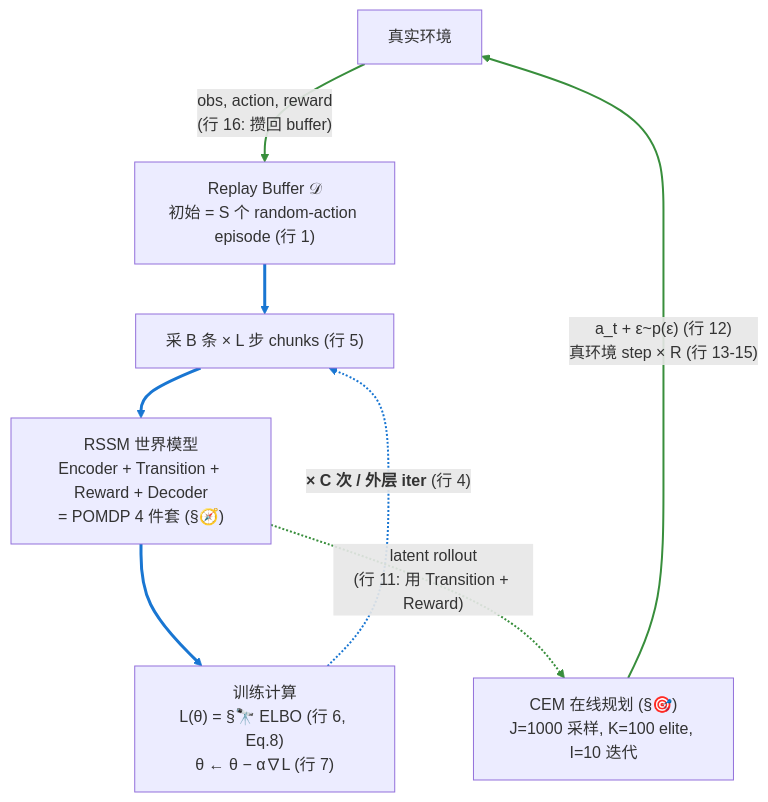
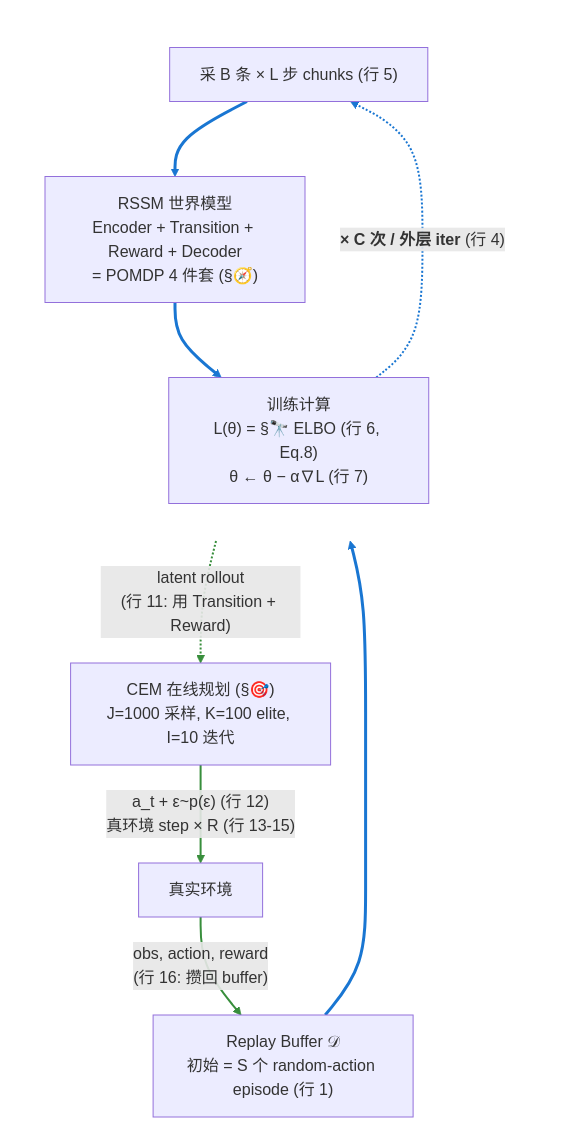
One commit to jinxinzhou/world-model-study changed the seventh of 7 diagrams in World-Model-学习笔记.md. Above: the diagram before and after it, drawn with Mermaid. The commit also changed 1 other file, not shown here.

Commit message:
docs: wrap A-phase chain in invisible subgraph to stop edge crossings
The blue dashed 'x C times' back-edge (Train -> Sample) and the green
dashed 'latent rollout' edge (RSSM -> CEM) were crossing in the middle
of the diagram because Dagre routed the back-edge through the same
horizontal band CEM occupied.

Wrap Sample / RSSM / Train in an invisible subgraph (A_phase) and
define the back-edge inside it. Dagre now treats the back-edge as
internal to the subgraph and routes it on the left side, while CEM
sits cleanly outside on the right. The subgraph is styled with
fill:transparent,stroke:transparent so the grouping is invisible.

Also renumber linkStyle indices since the back-edge is now declared
inside the subgraph (earlier in source order).

````diff
--- a/World-Model-学习笔记.md
+++ b/World-Model-学习笔记.md
@@ -2154,25 +2154,32 @@
 ```mermaid
 flowchart TD
     Env["真实环境"]
     Buffer["Replay Buffer 𝒟<br/>初始 = S 个 random-action episode (行 1)"]
-    Sample["采 B 条 × L 步 chunks (行 5)"]
-    RSSM["RSSM 世界模型<br/>Encoder + Transition + Reward + Decoder<br/>= POMDP 4 件套 (§🧭)"]
-    Train["训练计算<br/>L(θ) = §🔭 ELBO (行 6, Eq.8)<br/>θ ← θ − α∇L (行 7)"]
+
+    subgraph A_phase [" "]
+        direction TB
+        Sample["采 B 条 × L 步 chunks (行 5)"]
+        RSSM["RSSM 世界模型<br/>Encoder + Transition + Reward + Decoder<br/>= POMDP 4 件套 (§🧭)"]
+        Train["训练计算<br/>L(θ) = §🔭 ELBO (行 6, Eq.8)<br/>θ ← θ − α∇L (行 7)"]
+        Train -.->|"<b>× C 次 / 外层 iter</b> (行 4)"| Sample
+        Sample --> RSSM
+        RSSM --> Train
+    end
+
     CEM["CEM 在线规划 (§🎯)<br/>J=1000 采样, K=100 elite, I=10 迭代"]
 
     Env -->|"obs, action, reward<br/>(行 16: 攒回 buffer)"| Buffer
     Buffer --> Sample
-    Sample --> RSSM
-    RSSM --> Train
-    Train -.->|"<b>× C 次 / 外层 iter</b> (行 4)"| Sample
     RSSM -.->|"latent rollout<br/>(行 11: 用 Transition + Reward)"| CEM
     CEM -->|"a_t + ε~p(ε) (行 12)<br/>真环境 step × R (行 13-15)"| Env
 
-    linkStyle 0 stroke:#388e3c,stroke-width:2px
+    style A_phase fill:transparent,stroke:transparent
+
+    linkStyle 0 stroke:#1976d2,stroke-width:2px
     linkStyle 1 stroke:#1976d2,stroke-width:3px
     linkStyle 2 stroke:#1976d2,stroke-width:3px
-    linkStyle 3 stroke:#1976d2,stroke-width:3px
-    linkStyle 4 stroke:#1976d2,stroke-width:2px
+    linkStyle 3 stroke:#388e3c,stroke-width:2px
+    linkStyle 4 stroke:#1976d2,stroke-width:3px
     linkStyle 5 stroke:#388e3c,stroke-width:2px
     linkStyle 6 stroke:#388e3c,stroke-width:2px
 ```
````
